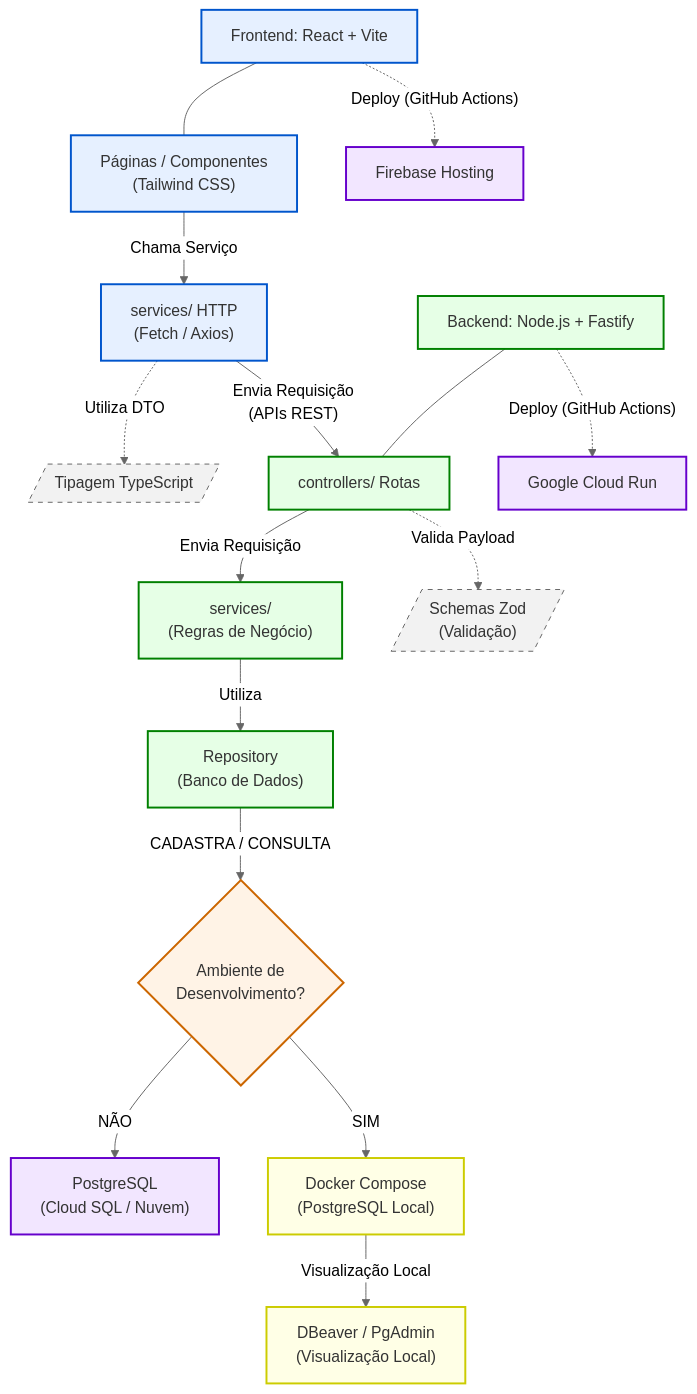
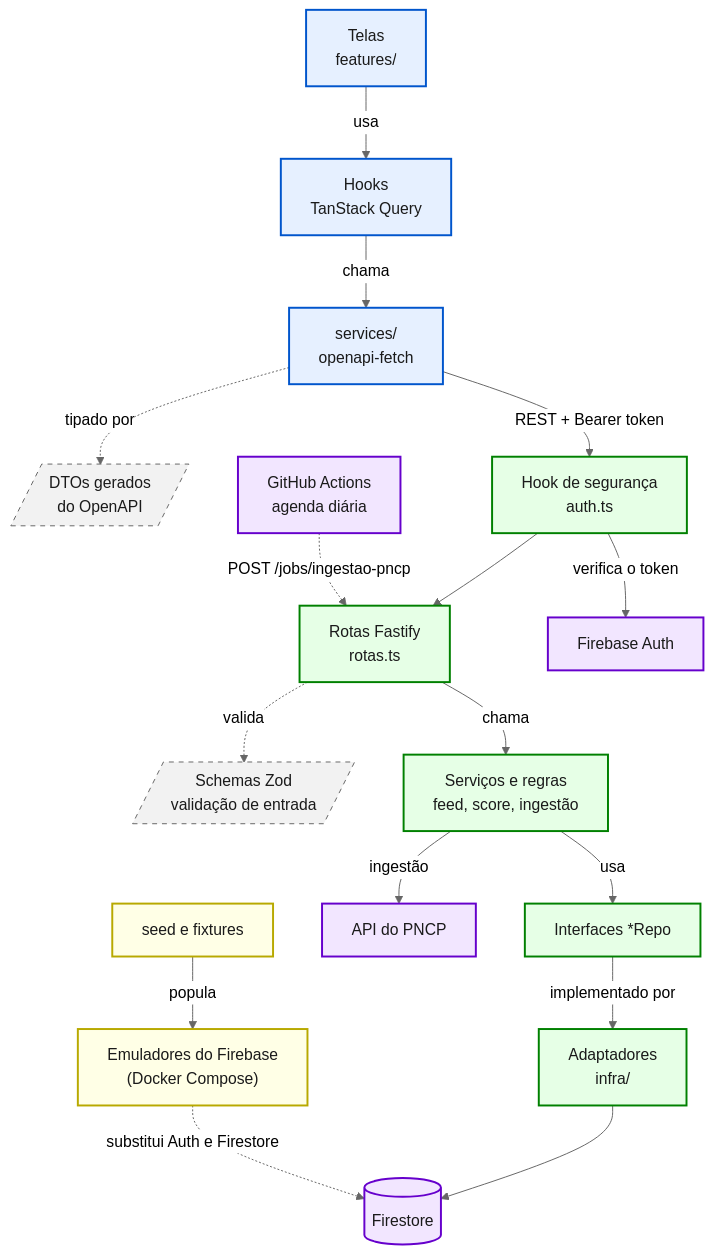
One commit to LicitaRad4r/documentation changed the diagram in docs/architecture/Arquitetura.md. Above: the diagram before and after it, drawn with Mermaid (neutral theme). The commit also changed other lines of this file and 27 other files, not shown here.

````diff
--- a/docs/architecture/Arquitetura.md
+++ b/docs/architecture/Arquitetura.md
@@ -33,52 +30,47 @@
 ```mermaid
 flowchart TD
-    %% Definição de Cores com texto escuro
-    classDef front fill:#e6f0ff,stroke:#0055cc,stroke-width:2px,color:#333333;
-    classDef back fill:#e6ffe6,stroke:#008000,stroke-width:2px,color:#333333;
-    classDef cloud fill:#f2e6ff,stroke:#6600cc,stroke-width:2px,color:#333333;
-    classDef dev fill:#ffffe6,stroke:#cccc00,stroke-width:2px,color:#333333;
-    classDef decision fill:#fff3e6,stroke:#cc6600,stroke-width:2px,color:#333333;
-    classDef data fill:#f2f2f2,stroke:#666666,stroke-width:1px,stroke-dasharray: 5 5,color:#333333;
+    classDef front fill:#e6f0ff,stroke:#0055cc,stroke-width:2px,color:#1a1a1a;
+    classDef back fill:#e6ffe6,stroke:#008000,stroke-width:2px,color:#1a1a1a;
+    classDef cloud fill:#f2e6ff,stroke:#6600cc,stroke-width:2px,color:#1a1a1a;
+    classDef dev fill:#ffffe6,stroke:#b8a900,stroke-width:2px,color:#1a1a1a;
+    classDef data fill:#f2f2f2,stroke:#666666,stroke-width:1px,stroke-dasharray: 5 5,color:#1a1a1a;
 
-    %% Camada Frontend
-    F_MAIN["Frontend: React + Vite"]:::front
-    F_APP["Páginas / Componentes\n(Tailwind CSS)"]:::front
-    F_HTTP["services/ HTTP\n(Fetch / Axios)"]:::front
-    F_TYPE[/"Tipagem TypeScript"/]:::data
+    F_TELA["Telas<br/>features/"]:::front
+    F_HOOK["Hooks<br/>TanStack Query"]:::front
+    F_SVC["services/<br/>openapi-fetch"]:::front
+    F_DTO[/"DTOs gerados<br/>do OpenAPI"/]:::data
 
-    F_MAIN --- F_APP
-    F_APP -- "Chama Serviço" --> F_HTTP
-    F_HTTP -. "Utiliza DTO" .-> F_TYPE
+    F_TELA -- "usa" --> F_HOOK
+    F_HOOK -- "chama" --> F_SVC
+    F_SVC -. "tipado por" .-> F_DTO
 
-    %% Camada Backend
-    B_MAIN["Backend: Node.js + Fastify"]:::back
-    B_CTRL["controllers/ Rotas"]:::back
-    B_SERV["services/\n(Regras de Negócio)"]:::back
-    B_REPO["Repository\n(Banco de Dados)"]:::back
-    B_ZOD[/"Schemas Zod\n(Validação)"/]:::data
+    B_ROTA["Rotas Fastify<br/>rotas.ts"]:::back
+    B_AUTH["Hook de segurança<br/>auth.ts"]:::back
+    B_ZOD[/"Schemas Zod<br/>validação de entrada"/]:::data
+    B_SERV["Serviços e regras<br/>feed, score, ingestão"]:::back
+    B_REPO["Interfaces *Repo"]:::back
+    B_INFRA["Adaptadores<br/>infra/"]:::back
 
-    F_HTTP -- "Envia Requisição\n(APIs REST)" --> B_CTRL
-    B_MAIN --- B_CTRL
-    
-    B_CTRL -. "Valida Payload" .-> B_ZOD
-    B_CTRL -- "Envia Requisição" --> B_SERV
-    B_SERV -- "Utiliza" --> B_REPO
+    F_SVC -- "REST + Bearer token" --> B_AUTH
+    B_AUTH --> B_ROTA
+    B_ROTA -. "valida" .-> B_ZOD
+    B_ROTA -- "chama" --> B_SERV
+    B_SERV -- "usa" --> B_REPO
+    B_REPO -- "implementado por" --> B_INFRA
 
-    %% Deploy e Nuvem
-    D_FRONT["Firebase Hosting"]:::cloud
-    D_BACK["Google Cloud Run"]:::cloud
-    
-    F_MAIN -. "Deploy (GitHub Actions)" .-> D_FRONT
-    B_MAIN -. "Deploy (GitHub Actions)" .-> D_BACK
+    C_AUTH["Firebase Auth"]:::cloud
+    C_FS[("Firestore")]:::cloud
+    C_PNCP["API do PNCP"]:::cloud
+    C_GHA["GitHub Actions<br/>agenda diária"]:::cloud
 
-    %% Decisão de Ambiente (Banco de Dados)
-    DEC{"Ambiente de\nDesenvolvimento?"}:::decision
-    DB_PROD["PostgreSQL\n(Cloud SQL / Nuvem)"]:::cloud
-    DB_DEV["Docker Compose\n(PostgreSQL Local)"]:::dev
-    DB_GUI["DBeaver / PgAdmin\n(Visualização Local)"]:::dev
+    B_AUTH -- "verifica o token" --> C_AUTH
+    B_INFRA --> C_FS
+    B_SERV -- "ingestão" --> C_PNCP
+    C_GHA -. "POST /jobs/ingestao-pncp" .-> B_ROTA
 
-    B_REPO -- "CADASTRA / CONSULTA" --> DEC
-    DEC -- "NÃO" --> DB_PROD
-    DEC -- "SIM" --> DB_DEV
-    DB_DEV -- "Visualização Local" --> DB_GUI
-```   
+    D_EMU["Emuladores do Firebase<br/>(Docker Compose)"]:::dev
+    D_SEED["seed e fixtures"]:::dev
+
+    D_EMU -. "substitui Auth e Firestore" .-> C_FS
+    D_SEED -- "popula" --> D_EMU
+```
````
